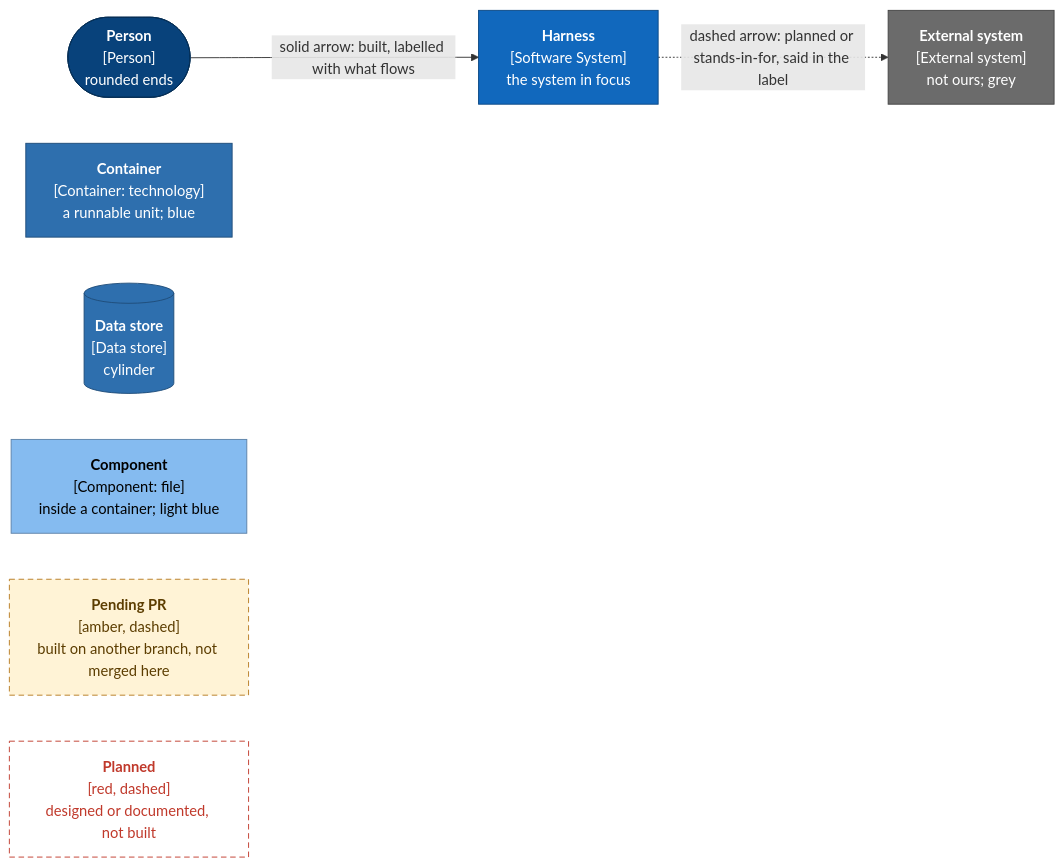
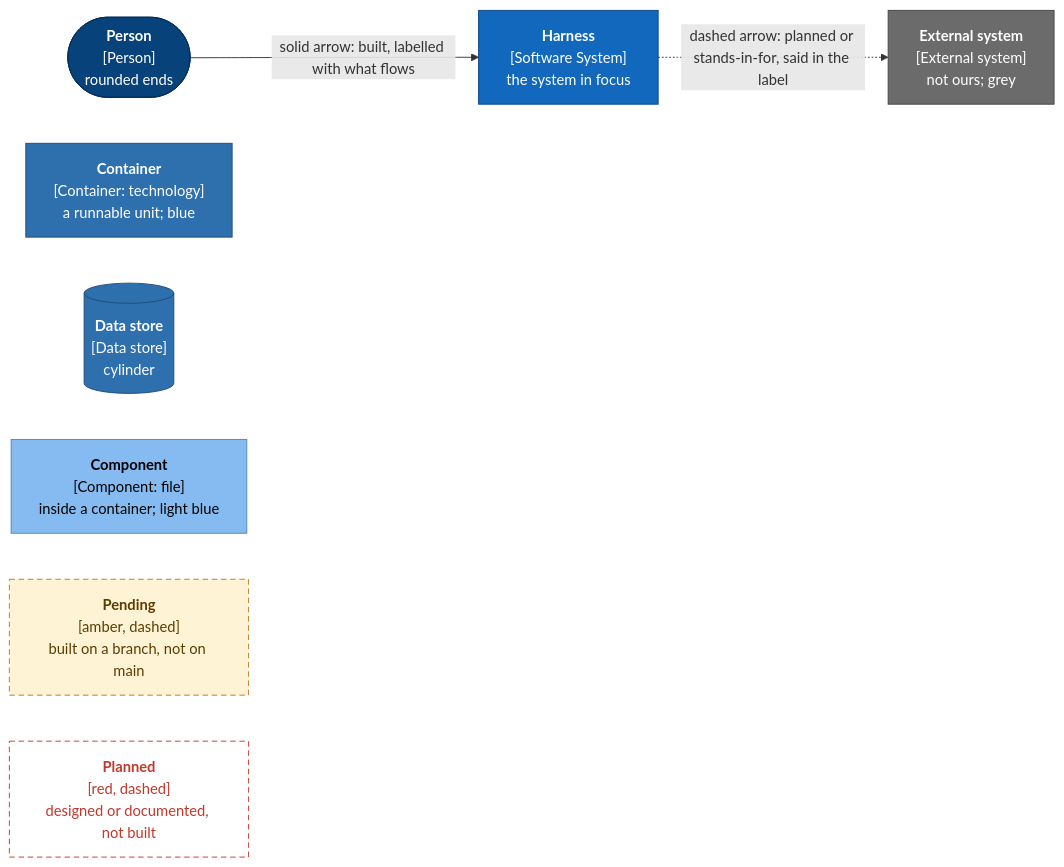
One commit to tutors-sdk/tutors-release-harness changed the diagram in docs/architecture/README.md. Above: the diagram before and after it, drawn with Mermaid. The commit also changed other lines of this file and 6 other files, not shown here.

First line of the commit message:
Architecture docs: bring the C4 set up to harness 1.4.1 and the merged monorepo work

````diff
--- a/docs/architecture/README.md
+++ b/docs/architecture/README.md
@@ -87,23 +92,23 @@
 ```mermaid
 flowchart LR
   person(["<b>Person</b><br/>[Person]<br/>rounded ends"]):::person
   focus["<b>Harness</b><br/>[Software System]<br/>the system in focus"]:::focus
   ext["<b>External system</b><br/>[External system]<br/>not ours; grey"]:::ext
   cont["<b>Container</b><br/>[Container: technology]<br/>a runnable unit; blue"]:::container
   store[("<b>Data store</b><br/>[Data store]<br/>cylinder")]:::store
   comp["<b>Component</b><br/>[Component: file]<br/>inside a container; light blue"]:::component
-  pending["<b>Pending PR</b><br/>[amber, dashed]<br/>built on another branch, not merged here"]:::pending
+  pending["<b>Pending</b><br/>[amber, dashed]<br/>built on a branch, not on main"]:::pending
   planned["<b>Planned</b><br/>[red, dashed]<br/>designed or documented, not built"]:::planned
 
   person -->|"solid arrow: built, labelled with what flows"| focus
   focus -.->|"dashed arrow: planned or stands-in-for, said in the label"| ext
 
   classDef person fill:#08427b,stroke:#052e56,color:#ffffff
   classDef focus fill:#1168bd,stroke:#0b4884,color:#ffffff
   classDef ext fill:#6b6b6b,stroke:#444444,color:#ffffff
   classDef container fill:#2e6fae,stroke:#1f4d7a,color:#ffffff
   classDef store fill:#2e6fae,stroke:#1f4d7a,color:#ffffff
   classDef component fill:#85bbf0,stroke:#5d82a8,color:#000000
   classDef pending fill:#fff3d6,stroke:#b7791f,color:#5c3d00,stroke-dasharray:6 4
   classDef planned fill:#ffffff,stroke:#c0392b,color:#c0392b,stroke-dasharray:6 4
 ```
````
